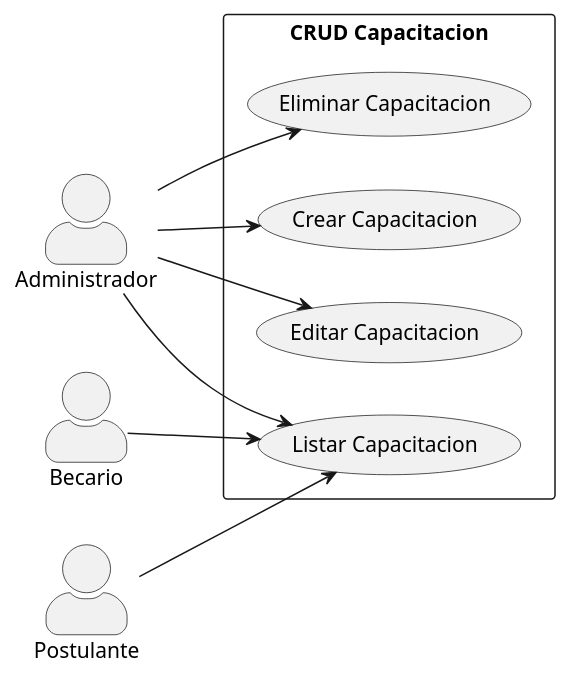
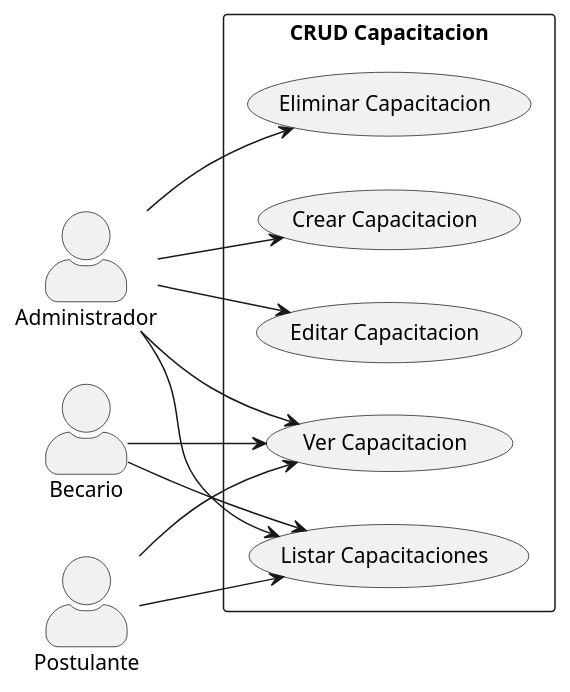
The diagram in casos_de_uso/diagramas_casos_de_uso/crud_capacitacion.puml (Dievex/24-25-IdSw1-SDR), drawn with PlantUML before and after one commit. The commit also changed 3 other files, not shown here.

Commit message:
feat(use-case-diagrams): add view operations to CRUD diagrams

```diff
--- a/casos_de_uso/diagramas_casos_de_uso/crud_capacitacion.puml
+++ b/casos_de_uso/diagramas_casos_de_uso/crud_capacitacion.puml
@@ -1,22 +1,27 @@
 @startuml
 skinparam actorStyle awesome
 left to right direction
 actor "Administrador" as Admin
 
 rectangle "CRUD Capacitacion" {
   usecase "Crear Capacitacion" as CrearCapacitacion
-  usecase "Listar Capacitacion" as ListarCapacitacion
+  usecase "Listar Capacitaciones" as ListarCapacitacion
   usecase "Editar Capacitacion" as EditarCapacitacion
   usecase "Eliminar Capacitacion" as EliminarCapacitacion
+  usecase "Ver Capacitacion" as VerCapacitacion
 }
 
 Admin --> CrearCapacitacion
 Admin --> ListarCapacitacion
 Admin --> EditarCapacitacion
 Admin --> EliminarCapacitacion
+Admin --> VerCapacitacion
 
 Becario --> ListarCapacitacion
 Postulante --> ListarCapacitacion
+Becario --> VerCapacitacion
+Postulante --> VerCapacitacion
+
 
 
 @enduml
```
